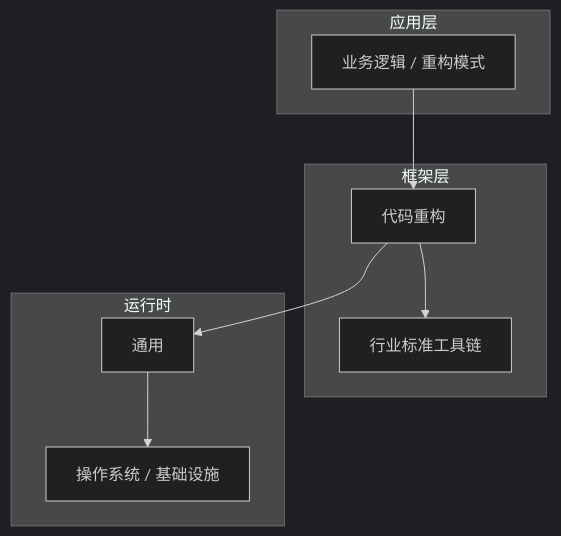
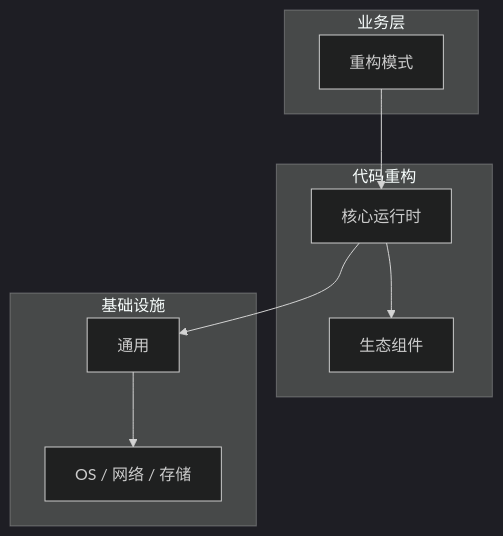
Before and after one commit to yanggan2015/knowledge-json-v2: the diagram in articles/代码重构/chapters/061-重构模式核心概念与原理.md, drawn with Mermaid (dark theme). The commit also changed other lines of this file and 10127 other files, not shown here.

````diff
--- a/articles/代码重构/chapters/061-重构模式核心概念与原理.md
+++ b/articles/代码重构/chapters/061-重构模式核心概念与原理.md
@@ -45,18 +34,18 @@
 ```mermaid
 graph TB
-    subgraph 应用层
-        A[业务逻辑 / 重构模式]
+    subgraph 业务层
+        A[重构模式]
     end
-    subgraph 框架层
-        B[代码重构]
-        C[行业标准工具链]
+    subgraph 代码重构
+        B[核心运行时]
+        C[生态组件]
     end
-    subgraph 运行时
+    subgraph 基础设施
         D[通用]
-        E[操作系统 / 基础设施]
+        E[OS / 网络 / 存储]
     end
     A --> B
     B --> C
     B --> D
     D --> E
 ```
````
